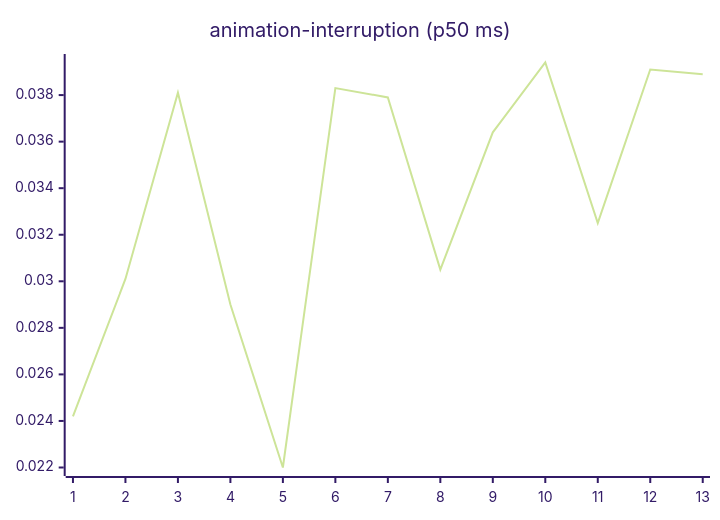
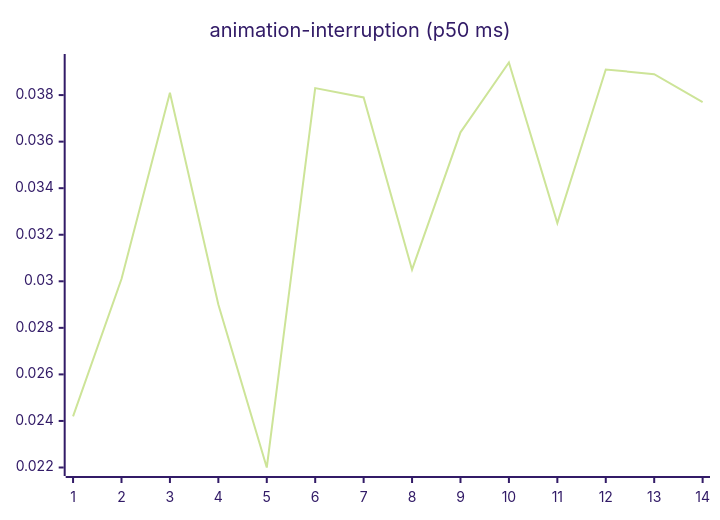
The third of 27 diagrams in README.md (josha/Facet), drawn with Mermaid (forest theme) before and after one commit. The commit also changed other lines of this file and 2 other files, not shown here.

````diff
--- a/README.md
+++ b/README.md
@@ -77,6 +77,6 @@
 ```mermaid
 xychart-beta
     title "animation-interruption (p50 ms)"
-    x-axis 1 --> 13
-    line [0.0242, 0.0301, 0.0381, 0.0290, 0.0220, 0.0383, 0.0379, 0.0305, 0.0364, 0.0394, 0.0325, 0.0391, 0.0389]
+    x-axis 1 --> 14
+    line [0.0242, 0.0301, 0.0381, 0.0290, 0.0220, 0.0383, 0.0379, 0.0305, 0.0364, 0.0394, 0.0325, 0.0391, 0.0389, 0.0377]
 ```
````
